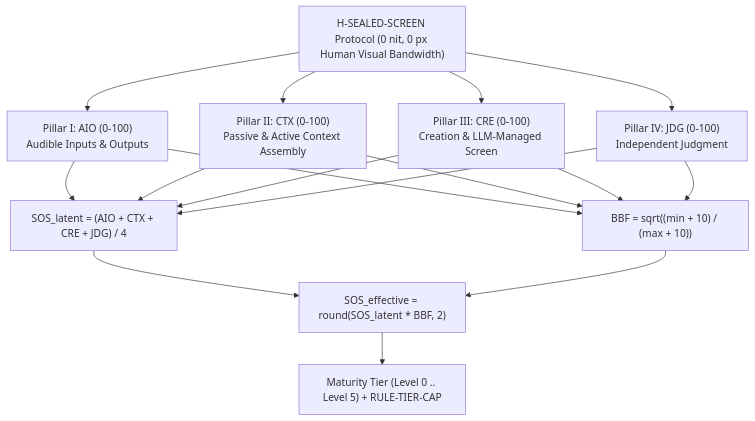
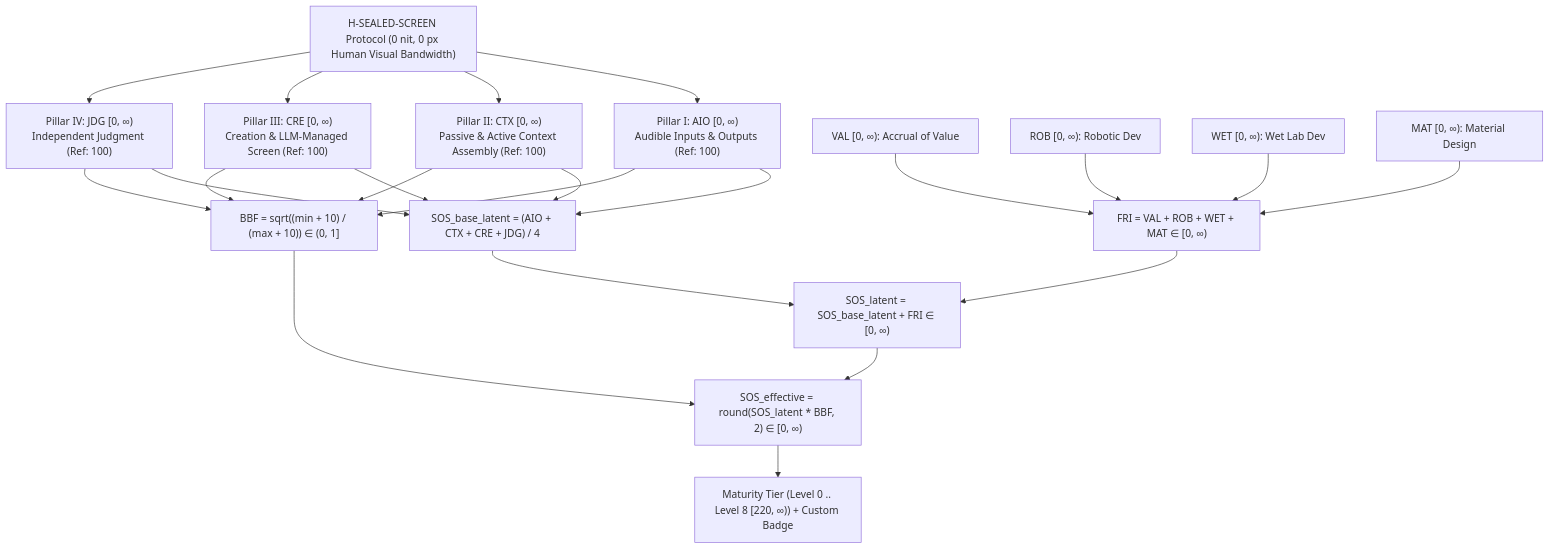
The diagram in README.md (pressatojump/sos-standard), drawn with Mermaid before and after one commit. The commit also changed other lines of this file and 16 other files, not shown here.

Commit message:
Add custom level design badges and unbounded [0, inf) frontier horizon scoring

````diff
--- a/README.md
+++ b/README.md
@@ -28,11 +44,13 @@
 ```mermaid
 flowchart TD
-    H["H-SEALED-SCREEN Protocol (0 nit, 0 px Human Visual Bandwidth)"] --> P1["Pillar I: AIO (0-100)\nAudible Inputs & Outputs"]
-    H --> P2["Pillar II: CTX (0-100)\nPassive & Active Context Assembly"]
-    H --> P3["Pillar III: CRE (0-100)\nCreation & LLM-Managed Screen"]
-    H --> P4["Pillar IV: JDG (0-100)\nIndependent Judgment"]
-    P1 & P2 & P3 & P4 --> LAT["SOS_latent = (AIO + CTX + CRE + JDG) / 4"]
-    P1 & P2 & P3 & P4 --> BBF["BBF = sqrt((min + 10) / (max + 10))"]
-    LAT & BBF --> EFF["SOS_effective = round(SOS_latent * BBF, 2)"]
-    EFF --> TIER["Maturity Tier (Level 0 .. Level 5) + RULE-TIER-CAP"]
+    H["H-SEALED-SCREEN Protocol (0 nit, 0 px Human Visual Bandwidth)"] --> P1["Pillar I: AIO [0, ∞)\nAudible Inputs & Outputs (Ref: 100)"]
+    H --> P2["Pillar II: CTX [0, ∞)\nPassive & Active Context Assembly (Ref: 100)"]
+    H --> P3["Pillar III: CRE [0, ∞)\nCreation & LLM-Managed Screen (Ref: 100)"]
+    H --> P4["Pillar IV: JDG [0, ∞)\nIndependent Judgment (Ref: 100)"]
+    P1 & P2 & P3 & P4 --> BASE["SOS_base_latent = (AIO + CTX + CRE + JDG) / 4"]
+    F1["VAL [0, ∞): Accrual of Value"] & F2["ROB [0, ∞): Robotic Dev"] & F3["WET [0, ∞): Wet Lab Dev"] & F4["MAT [0, ∞): Material Design"] --> FRI["FRI = VAL + ROB + WET + MAT ∈ [0, ∞)"]
+    BASE & FRI --> LAT["SOS_latent = SOS_base_latent + FRI ∈ [0, ∞)"]
+    P1 & P2 & P3 & P4 --> BBF["BBF = sqrt((min + 10) / (max + 10)) ∈ (0, 1]"]
+    LAT & BBF --> EFF["SOS_effective = round(SOS_latent * BBF, 2) ∈ [0, ∞)"]
+    EFF --> TIER["Maturity Tier (Level 0 .. Level 8 [220, ∞)) + Custom Badge"]
 ```
````
